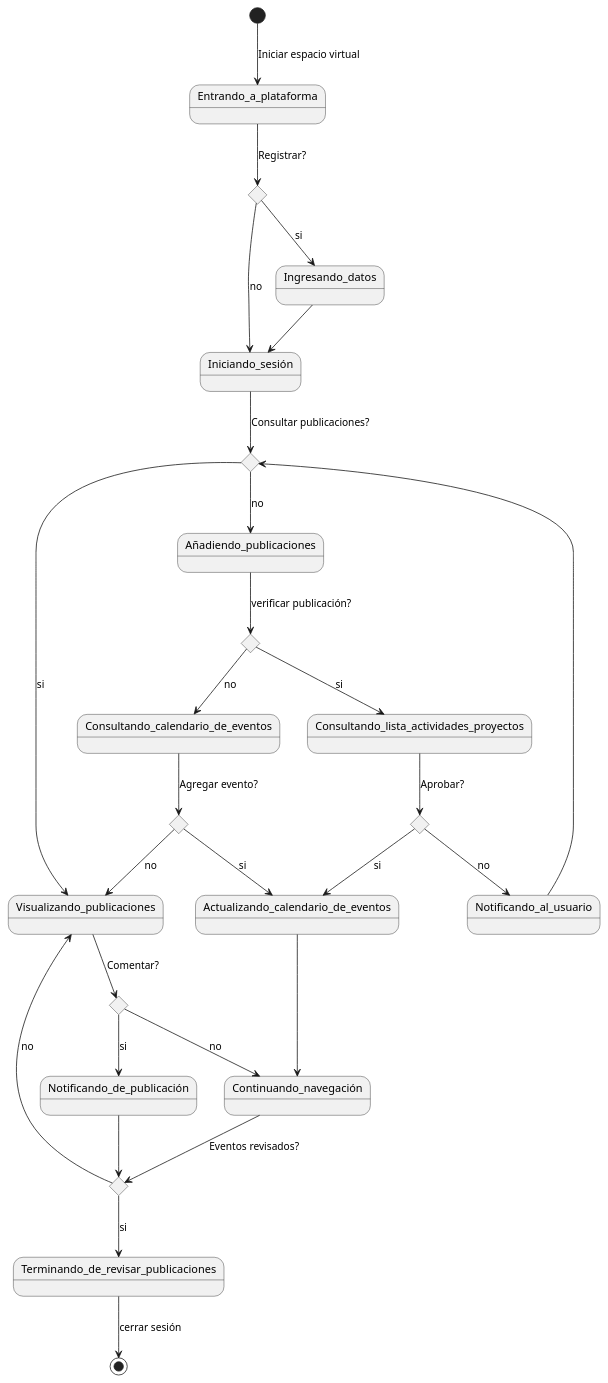
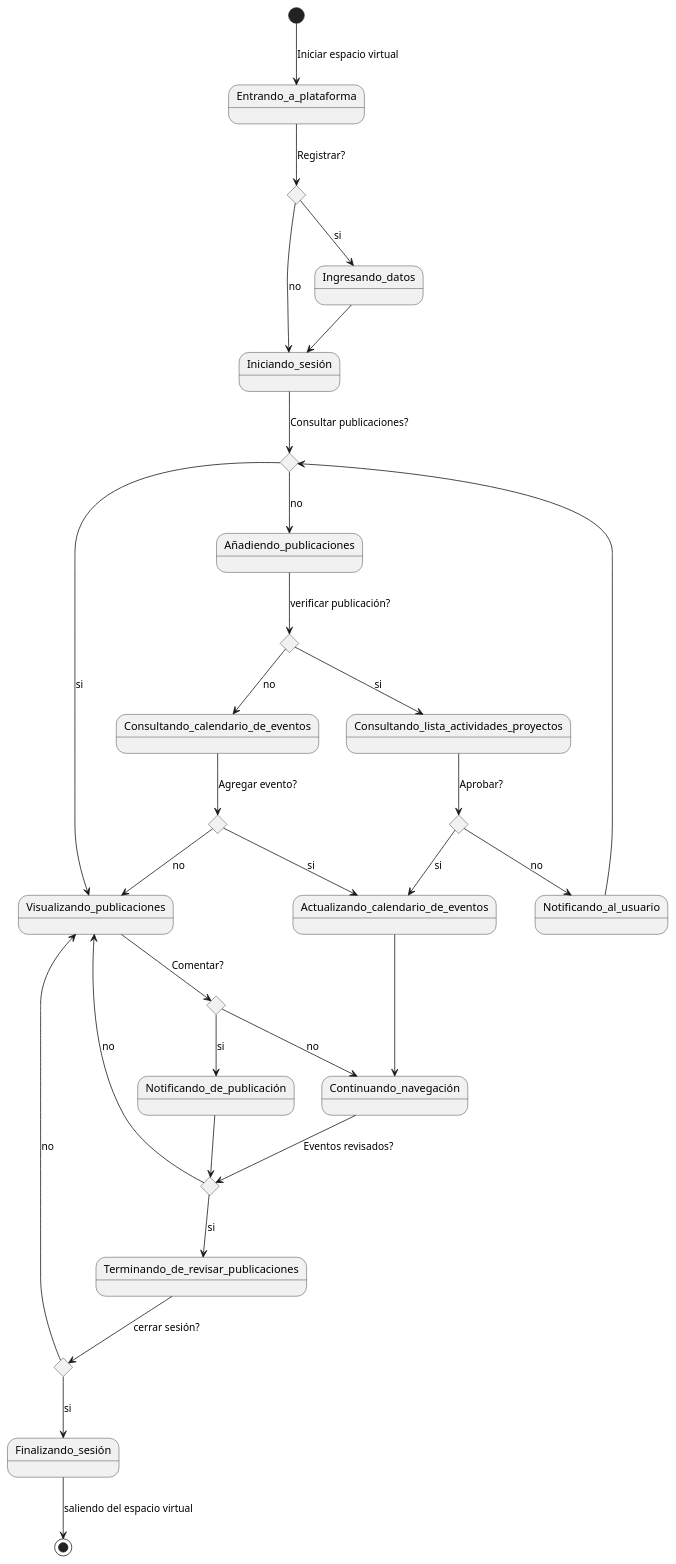
One commit to Dayannis-07/ING_SOFT changed the diagram in docs/scenariosView/Diagrama de Estado.puml. Above: the diagram before and after it, drawn with PlantUML. The commit also changed 1 other file, not shown here.

Commit message:
Diagrama de Estado

```diff
--- a/docs/scenariosView/Diagrama de Estado.puml
+++ b/docs/scenariosView/Diagrama de Estado.puml
@@ -1,39 +1,43 @@
 @startuml Diagrama de Estado Proyecto
 state c1 <<choice>>
 state c2 <<choice>>
 state c3 <<choice>>
 state c4 <<choice>>
 state c5 <<choice>>
 state c6 <<choice>>
 state c7 <<choice>>
+state c8 <<choice>>
 
 [*] --> Entrando_a_plataforma: Iniciar espacio virtual
 Entrando_a_plataforma-->c1:Registrar?
 c1-->Ingresando_datos :si
 c1-->Iniciando_sesión :no
 Ingresando_datos-->Iniciando_sesión
 Iniciando_sesión-->c2:Consultar publicaciones?
 c2-->Visualizando_publicaciones :si
 c2--> Añadiendo_publicaciones :no
 Visualizando_publicaciones-->c3:Comentar?
 c3-->Notificando_de_publicación :si
 c3-->Continuando_navegación :no
 Notificando_de_publicación-->c4
 Continuando_navegación-->c4:Eventos revisados?
 c4-->Terminando_de_revisar_publicaciones :si
-Terminando_de_revisar_publicaciones-->[*] :cerrar sesión
+Terminando_de_revisar_publicaciones-->c8:cerrar sesión?
+c8-->Finalizando_sesión :si
+Finalizando_sesión--> [*]:saliendo del espacio virtual
+c8-->Visualizando_publicaciones :no
 c4--> Visualizando_publicaciones :no
 Añadiendo_publicaciones-->c5: verificar publicación?
 c5-->Consultando_lista_actividades_proyectos :si
 c5-->Consultando_calendario_de_eventos :no
 Consultando_lista_actividades_proyectos-->c6:Aprobar?
 c6-->Actualizando_calendario_de_eventos :si
 Actualizando_calendario_de_eventos-->Continuando_navegación
 c6-->Notificando_al_usuario :no
 Notificando_al_usuario-->c2
 Consultando_calendario_de_eventos-->c7:Agregar evento?
 c7-->Actualizando_calendario_de_eventos :si
 c7--> Visualizando_publicaciones :no
 
 
 @enduml
```
